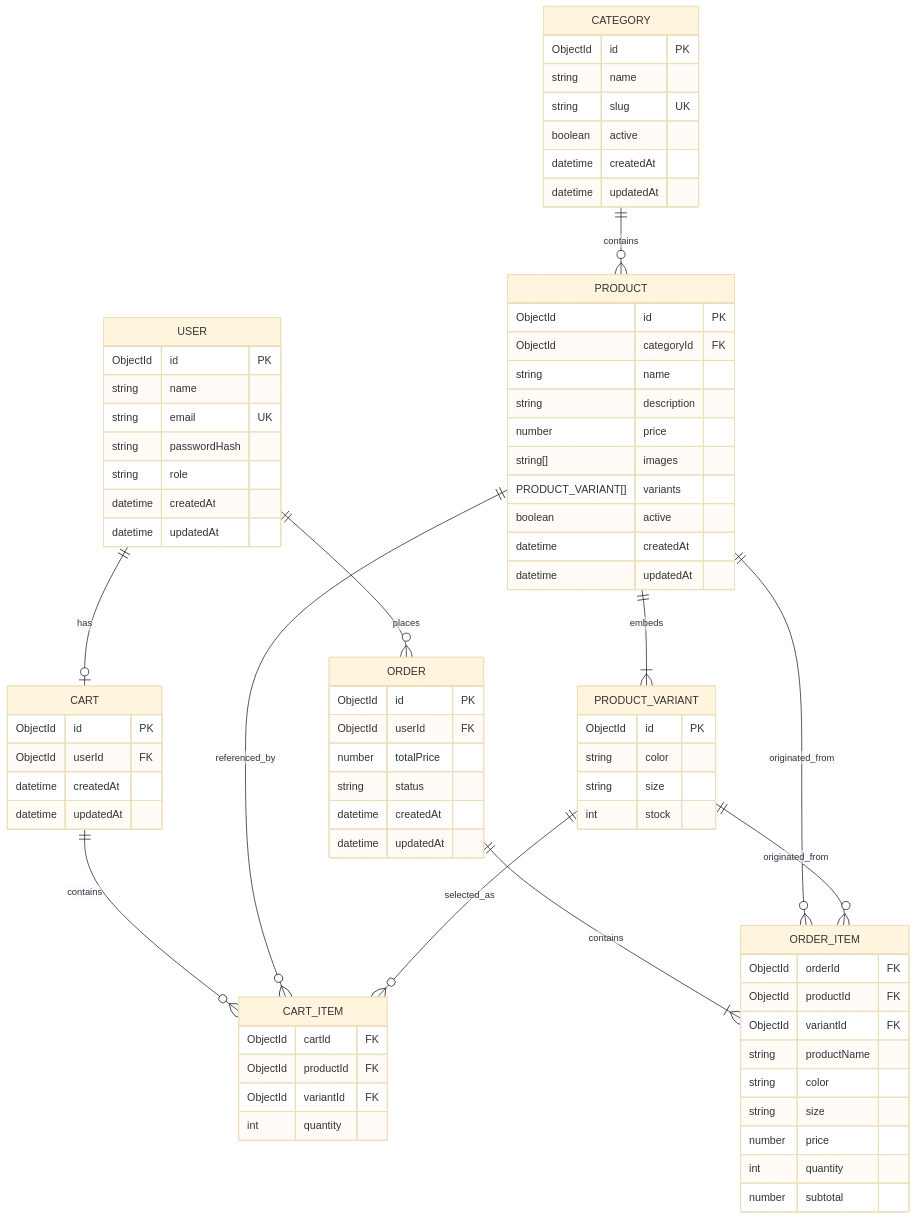
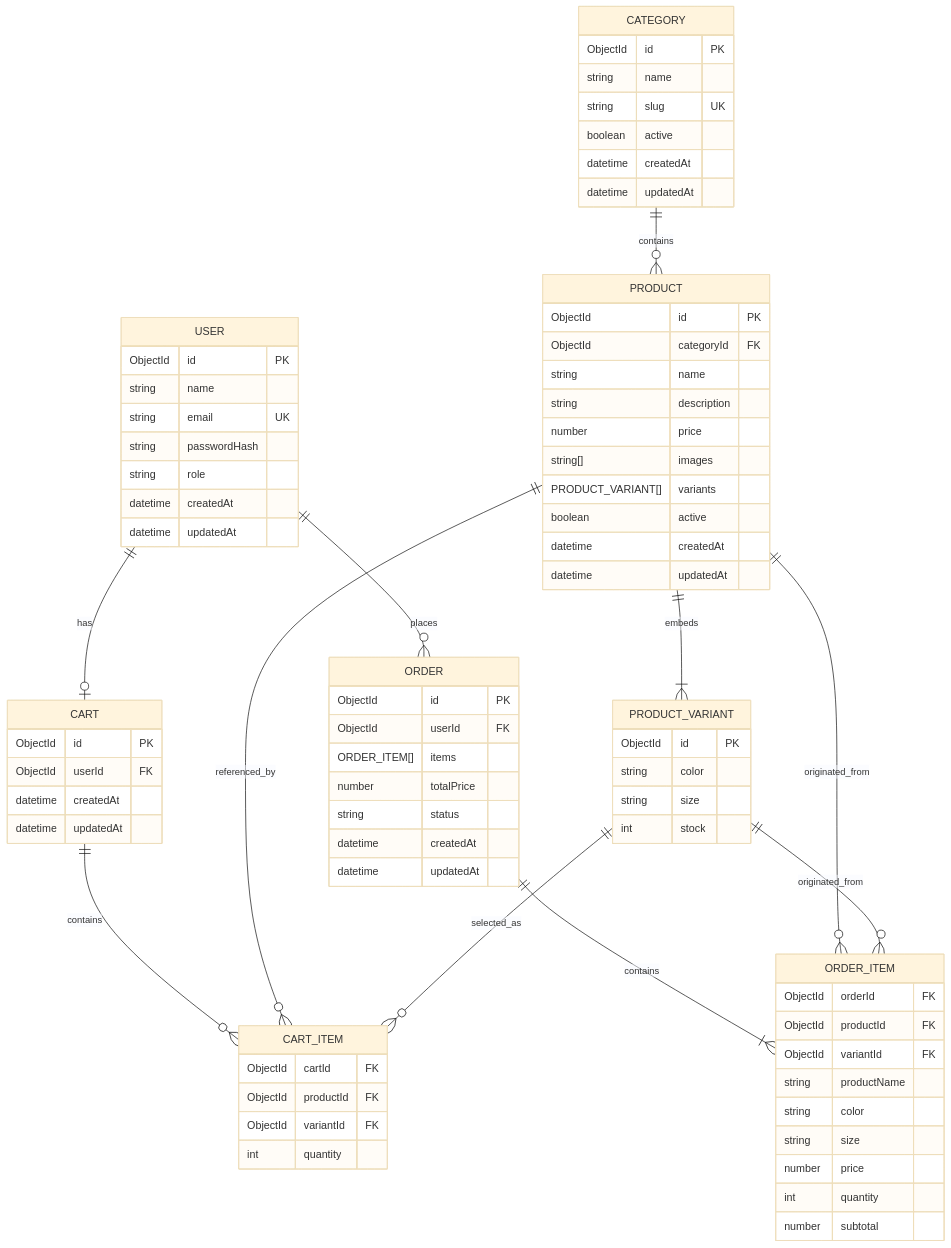
Before and after one commit to P-Aek/Clothing_Store: the diagram in backend/erd.md, drawn with Mermaid (base theme). The commit also changed 13 other files, not shown here.

```diff
--- a/backend/erd.md
+++ b/backend/erd.md
@@ -67,6 +67,7 @@
     ORDER {
         ObjectId id PK
         ObjectId userId FK
+        ORDER_ITEM[] items
         number totalPrice
         string status
         datetime createdAt
```
